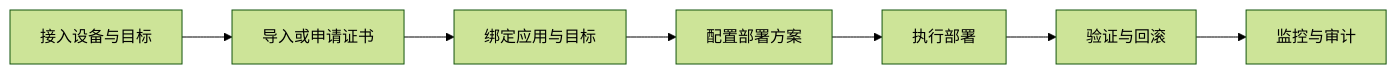
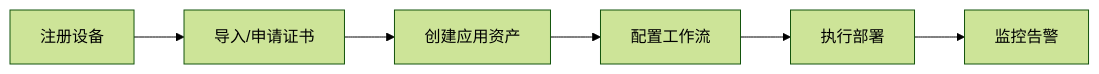
One commit to tlsflow/TLSFlow changed the diagram in docs/Documentation/v1.0.0/index.md. Above: the diagram before and after it, drawn with Mermaid (forest theme). The commit also changed other lines of this file and 1 other file, not shown here.

````diff
--- a/docs/Documentation/v1.0.0/index.md
+++ b/docs/Documentation/v1.0.0/index.md
@@ -41,9 +97,8 @@
 ```mermaid
 flowchart LR
-  A[接入设备与目标] --> B[导入或申请证书]
-  B --> C[绑定应用与目标]
-  C --> D[配置部署方案]
+  A[注册设备] --> B[导入/申请证书]
+  B --> C[创建应用资产]
+  C --> D[配置工作流]
   D --> E[执行部署]
-  E --> F[验证与回滚]
-  F --> G[监控与审计]
+  E --> F[监控告警]
 ```
````
